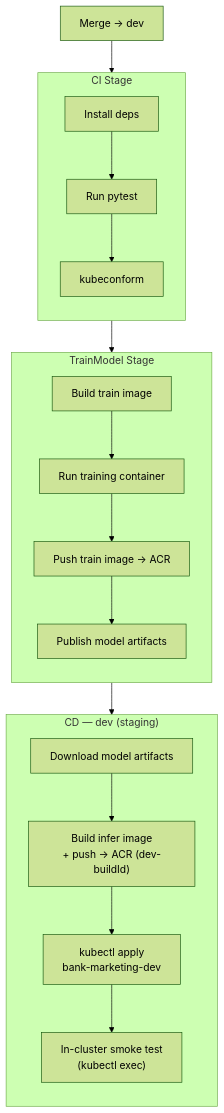
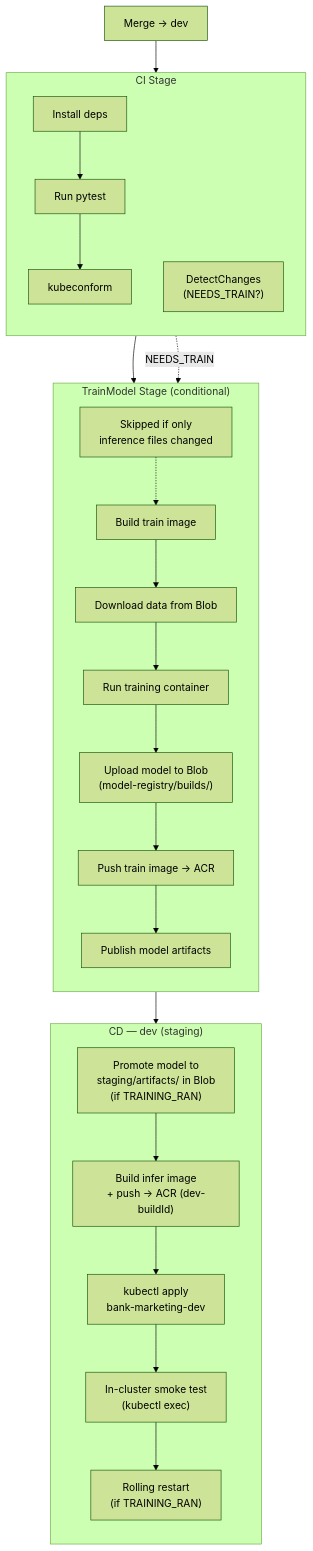
One commit to Annemarie-Bester/marketing-model-mlops-azure changed the second of 5 diagrams in docs/ci-cd-pipeline.md. Above: the diagram before and after it, drawn with Mermaid (forest theme). The commit also changed other lines of this file and 19 other files, not shown here.

````diff
--- a/docs/ci-cd-pipeline.md
+++ b/docs/ci-cd-pipeline.md
@@ -36,32 +36,38 @@
 ```mermaid
 flowchart TD
     DEV_MERGE["Merge → dev"] --> CI_DEV
 
     subgraph CI_DEV["CI Stage"]
         direction TB
         D_INSTALL["Install deps"]
         D_TEST["Run pytest"]
         D_K8S["kubeconform"]
+        D_DETECT["DetectChanges\n(NEEDS_TRAIN?)"]
         D_INSTALL --> D_TEST --> D_K8S
     end
 
-    subgraph TRAIN_DEV["TrainModel Stage"]
+    subgraph TRAIN_DEV["TrainModel Stage (conditional)"]
         direction TB
+        DT_NOTE["Skipped if only\ninference files changed"]
         DT_BUILD["Build train image"]
+        DT_DATA["Download data from Blob"]
         DT_RUN["Run training container"]
+        DT_UPLOAD["Upload model to Blob\n(model-registry/builds/)"]
         DT_PUSH["Push train image → ACR"]
         DT_PUB["Publish model artifacts"]
-        DT_BUILD --> DT_RUN --> DT_PUSH --> DT_PUB
+        DT_NOTE -.-> DT_BUILD --> DT_DATA --> DT_RUN --> DT_UPLOAD --> DT_PUSH --> DT_PUB
     end
 
     subgraph CD_DEV["CD — dev (staging)"]
         direction TB
-        DEV_DL["Download model artifacts"]
+        DEV_PROMOTE["Promote model to\nstaging/artifacts/ in Blob\n(if TRAINING_RAN)"]
         DEV_BUILD["Build infer image\n+ push → ACR (dev-buildId)"]
         DEV_DEPLOY["kubectl apply\nbank-marketing-dev"]
         DEV_SMOKE["In-cluster smoke test\n(kubectl exec)"]
-        DEV_DL --> DEV_BUILD --> DEV_DEPLOY --> DEV_SMOKE
+        DEV_RESTART["Rolling restart\n(if TRAINING_RAN)"]
+        DEV_PROMOTE --> DEV_BUILD --> DEV_DEPLOY --> DEV_SMOKE --> DEV_RESTART
     end
 
     CI_DEV --> TRAIN_DEV --> CD_DEV
+    D_DETECT -.->|NEEDS_TRAIN| TRAIN_DEV
 ```
````
